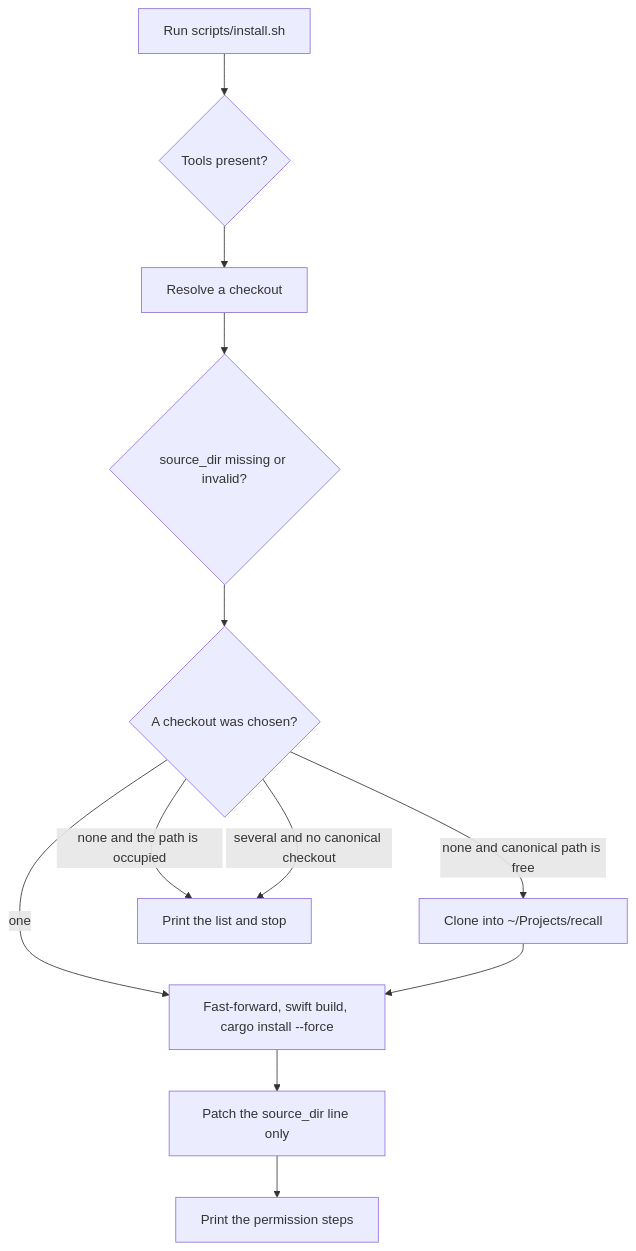
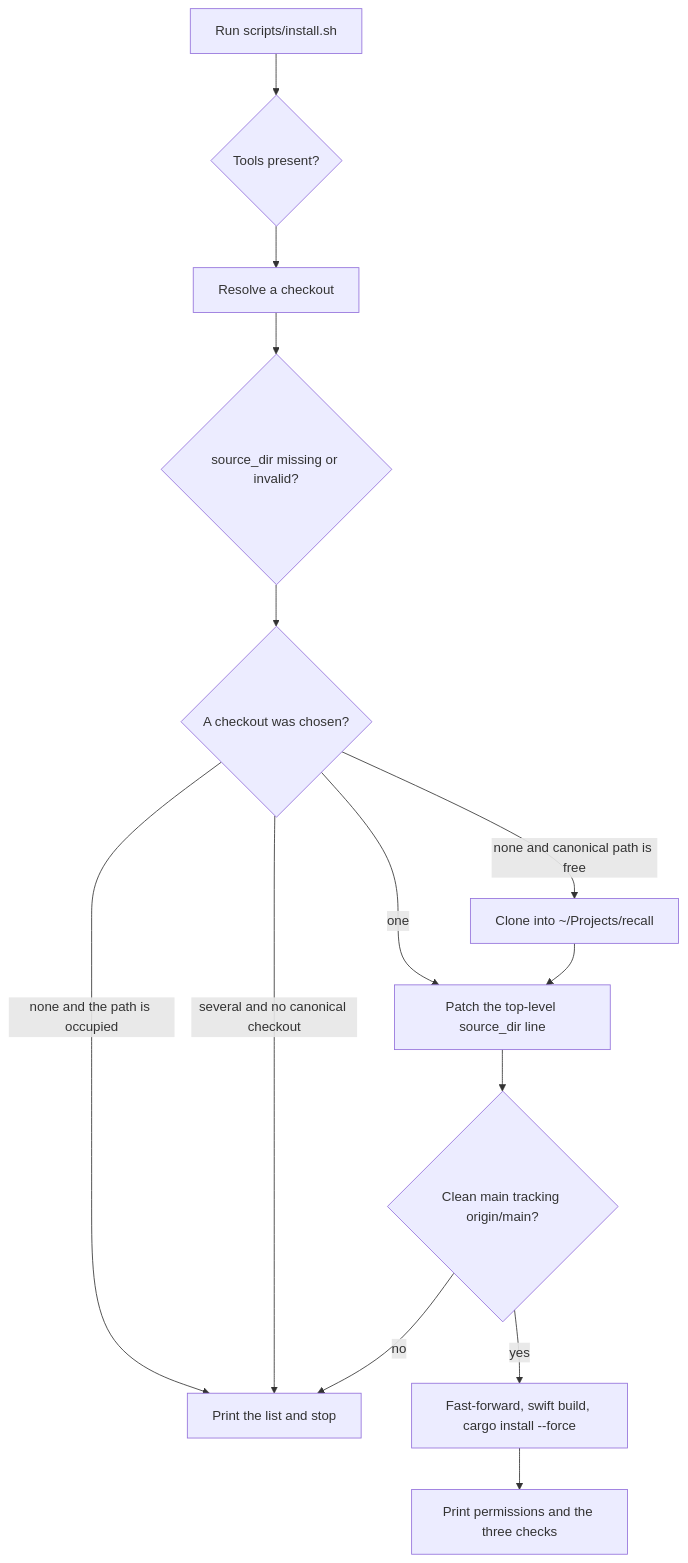
One commit to matthewpergolski/recall changed the diagram in docs/specs/install-and-update.md. Above: the diagram before and after it, drawn with Mermaid. The commit also changed other lines of this file, not shown here.

````diff
--- a/docs/specs/install-and-update.md
+++ b/docs/specs/install-and-update.md
@@ -176,24 +173,27 @@
 ```mermaid
 flowchart TD
   start[Run scripts/install.sh]
   tools{Tools present?}
   find[Resolve a checkout]
   stale{source_dir missing or invalid?}
   chosen{A checkout was chosen?}
   clone[Clone into ~/Projects/recall]
   stop[Print the list and stop]
+  write[Patch the top-level source_dir line]
+  git{Clean main tracking origin/main?}
   build[Fast-forward, swift build, cargo install --force]
-  write[Patch the source_dir line only]
-  grants[Print the permission steps]
+  grants[Print permissions and the three checks]
   start --> tools
   tools --> find
   find --> stale
   stale --> chosen
   chosen -->|none and canonical path is free| clone
   chosen -->|none and the path is occupied| stop
   chosen -->|several and no canonical checkout| stop
-  chosen -->|one| build
-  clone --> build
-  build --> write
-  write --> grants
+  chosen -->|one| write
+  clone --> write
+  write --> git
+  git -->|no| stop
+  git -->|yes| build
+  build --> grants
 ```
````
